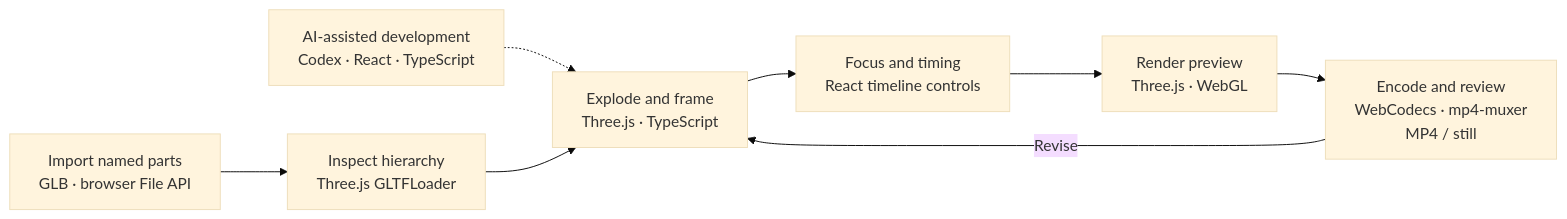
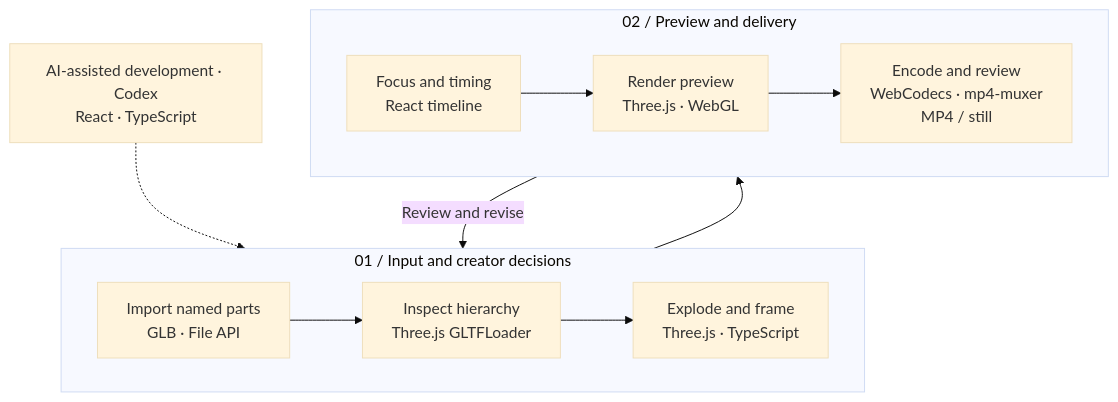
The diagram in projects/03-model-breakdown/README.md (MuwenTriLi/creative-workflows), drawn with Mermaid (base theme) before and after one commit. The commit also changed 4 other files, not shown here.

````diff
--- a/projects/03-model-breakdown/README.md
+++ b/projects/03-model-breakdown/README.md
@@ -70,10 +70,17 @@
 ```mermaid
-flowchart LR
-    DEV["AI-assisted development<br/>Codex · React · TypeScript"] -.-> C
-    A["Import named parts<br/>GLB · browser File API"] --> B["Inspect hierarchy<br/>Three.js GLTFLoader"]
-    B --> C["Explode and frame<br/>Three.js · TypeScript"]
-    C --> D["Focus and timing<br/>React timeline controls"]
-    D --> E["Render preview<br/>Three.js · WebGL"]
-    E --> F["Encode and review<br/>WebCodecs · mp4-muxer<br/>MP4 / still"]
-    F -->|Revise| C
+flowchart TB
+    DEV["AI-assisted development · Codex<br/>React · TypeScript"]
+    subgraph INPUT["01 / Input and creator decisions"]
+        direction LR
+        A["Import named parts<br/>GLB · File API"] --> B["Inspect hierarchy<br/>Three.js GLTFLoader"]
+        B --> C["Explode and frame<br/>Three.js · TypeScript"]
+    end
+    subgraph OUTPUT["02 / Preview and delivery"]
+        direction LR
+        D["Focus and timing<br/>React timeline"] --> E["Render preview<br/>Three.js · WebGL"]
+        E --> F["Encode and review<br/>WebCodecs · mp4-muxer<br/>MP4 / still"]
+    end
+    DEV -.-> INPUT
+    INPUT --> OUTPUT
+    OUTPUT -->|Review and revise| INPUT
 ```
````
